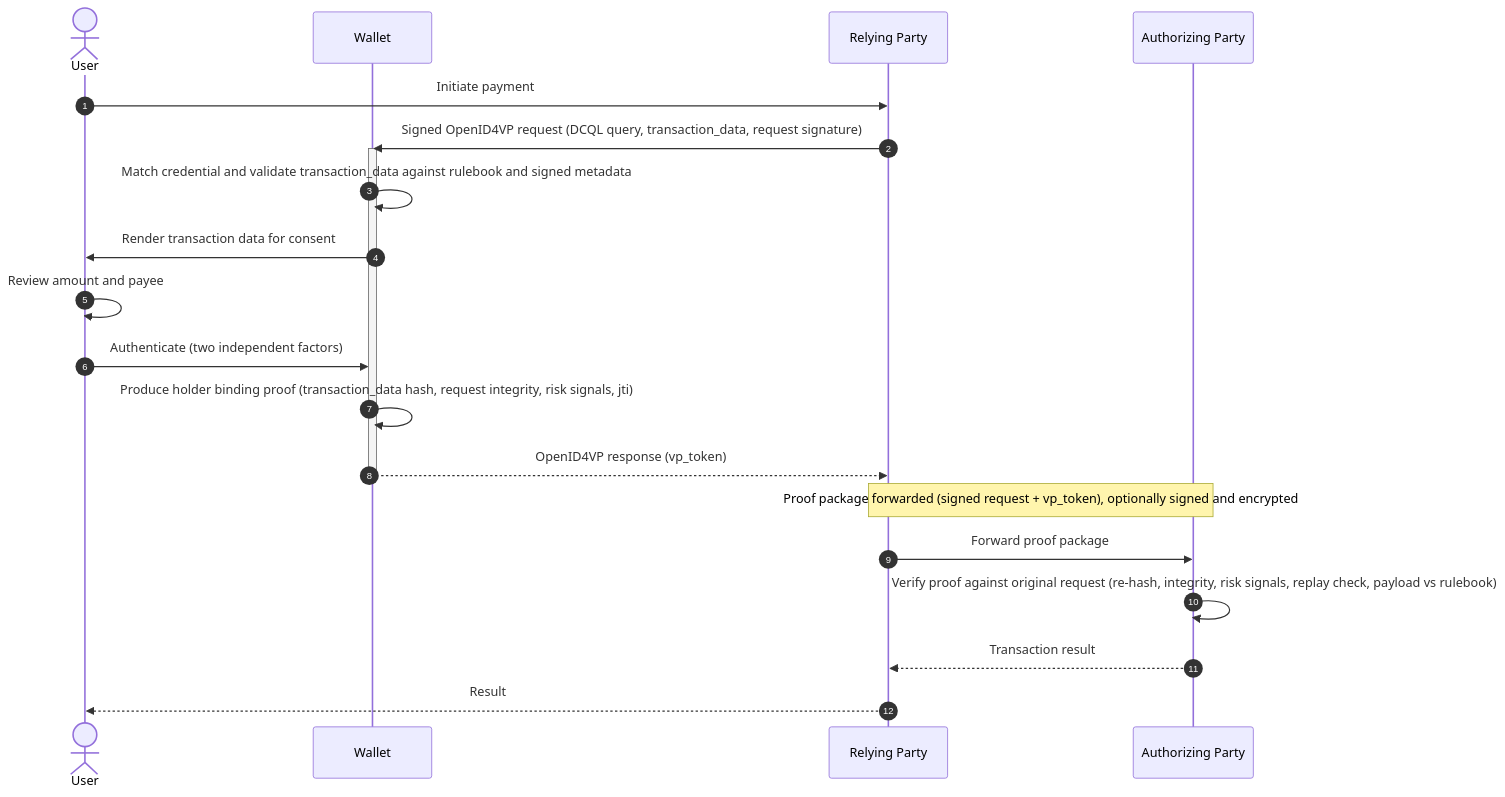
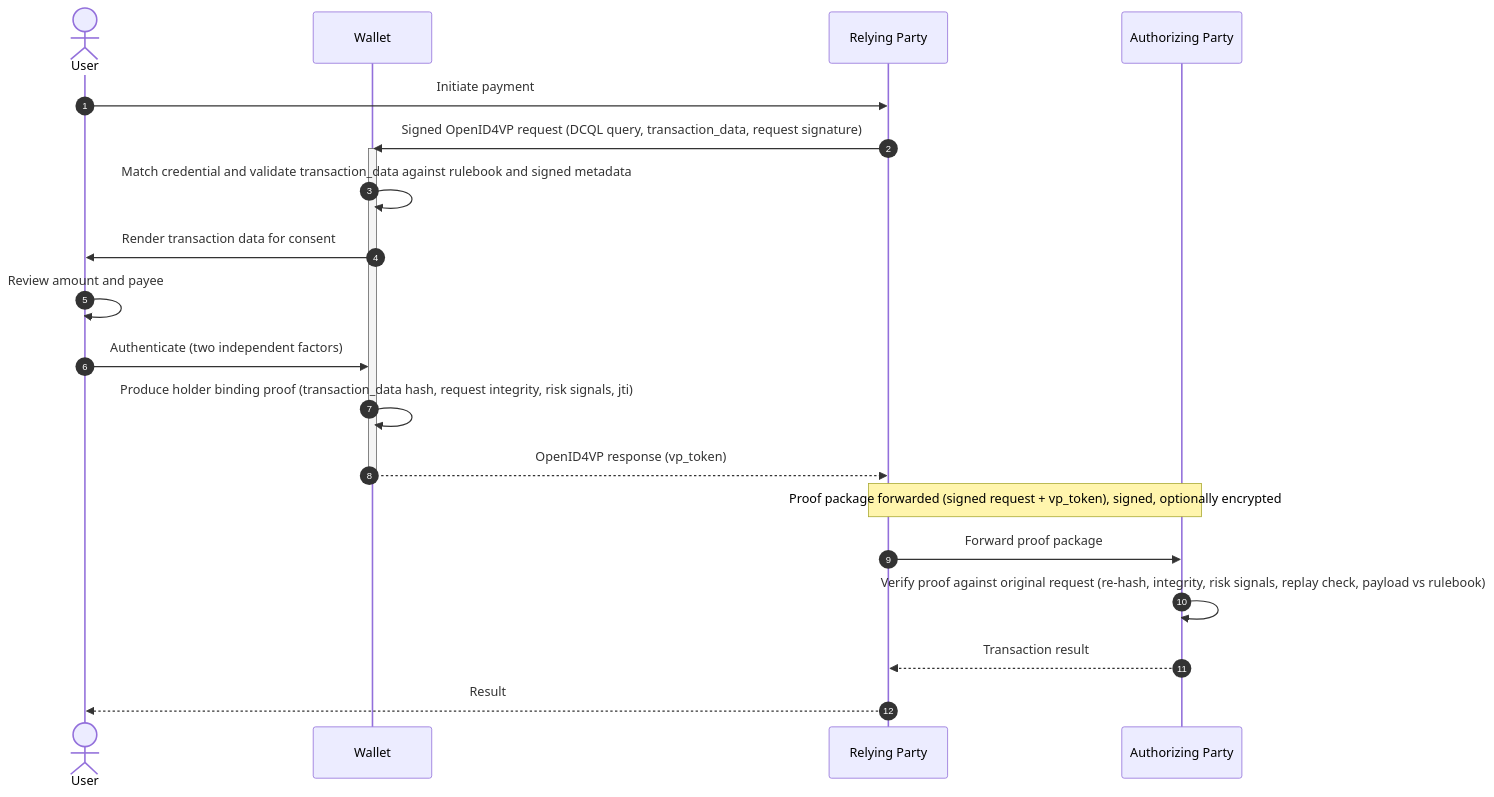
The second of 2 diagrams in docs/index.md (APTITUDE-Consortium/payments-and-sca-for-openid), drawn with Mermaid before and after one commit. The commit also changed other lines of this file, not shown here.

Commit message:
docs: intro presents the ingestion endpoint as a proposal with a signed envelope

````diff
--- a/docs/index.md
+++ b/docs/index.md
@@ -226,24 +226,24 @@
 ```mermaid
 sequenceDiagram
     autonumber
     actor user as User
     participant wallet as Wallet
     participant rp as Relying Party
     participant ap as Authorizing Party
 
     user ->> rp: Initiate payment
     rp ->> wallet: Signed OpenID4VP request (DCQL query, transaction_data, request signature)
     activate wallet
     wallet ->> wallet: Match credential and validate transaction_data against rulebook and signed metadata
     wallet ->> user: Render transaction data for consent
     user ->> user: Review amount and payee
     user ->> wallet: Authenticate (two independent factors)
     wallet ->> wallet: Produce holder binding proof (transaction_data hash, request integrity, risk signals, jti)
     wallet -->> rp: OpenID4VP response (vp_token)
     deactivate wallet
-    Note over rp,ap: Proof package forwarded (signed request + vp_token), optionally signed and encrypted
+    Note over rp,ap: Proof package forwarded (signed request + vp_token), signed, optionally encrypted
     rp ->> ap: Forward proof package
     ap ->> ap: Verify proof against original request (re-hash, integrity, risk signals, replay check, payload vs rulebook)
     ap -->> rp: Transaction result
     rp -->> user: Result
 ```
````
